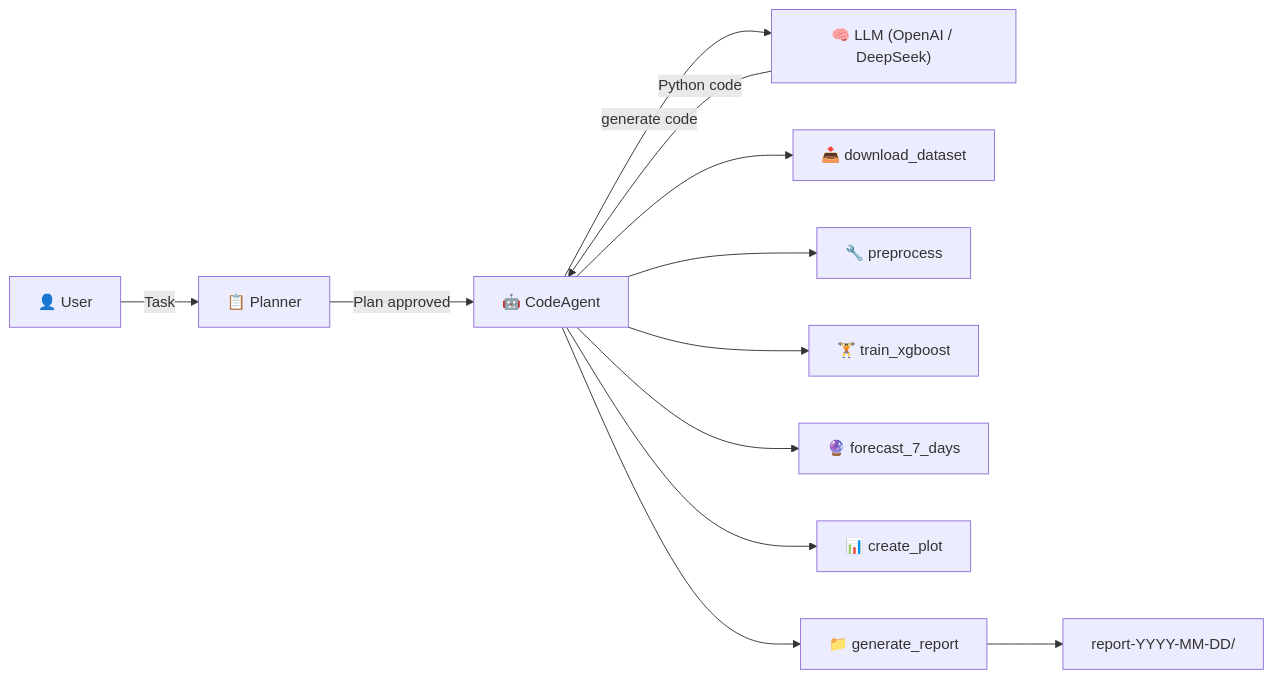
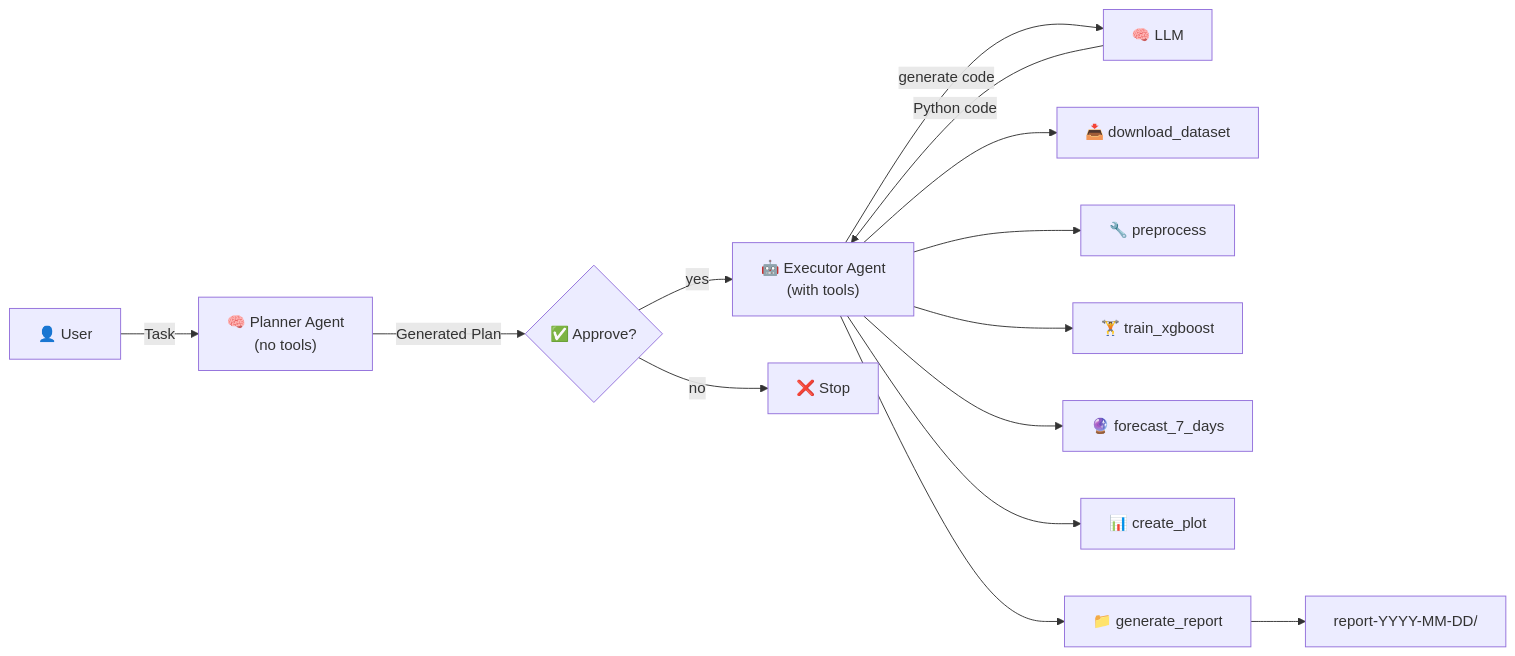
One commit to Nkluge-correa/smolagent changed the first of 2 diagrams in README.md. Above: the diagram before and after it, drawn with Mermaid. The commit also changed other lines of this file and 5 other files, not shown here.

````diff
--- a/README.md
+++ b/README.md
@@ -71,14 +74,16 @@
 ```mermaid
 flowchart LR
-    User["👤 User"] -->|"Task"| Planner["📋 Planner"]
-    Planner -->|"Plan approved"| Agent["🤖 CodeAgent"]
-    Agent -->|"generate code"| LLM["🧠 LLM (OpenAI / DeepSeek)"]
-    LLM -->|"Python code"| Agent
-    Agent --> T1["📥 download_dataset"]
-    Agent --> T2["🔧 preprocess"]
-    Agent --> T3["🏋️ train_xgboost"]
-    Agent --> T4["🔮 forecast_7_days"]
-    Agent --> T5["📊 create_plot"]
-    Agent --> T6["📁 generate_report"]
+    User["👤 User"] -->|"Task"| Planner["🧠 Planner Agent\n(no tools)"]
+    Planner -->|"Generated Plan"| Approve{"✅ Approve?"}
+    Approve -->|"yes"| Executor["🤖 Executor Agent\n(with tools)"]
+    Approve -->|"no"| Stop["❌ Stop"]
+    Executor -->|"generate code"| LLM["🧠 LLM"]
+    LLM -->|"Python code"| Executor
+    Executor --> T1["📥 download_dataset"]
+    Executor --> T2["🔧 preprocess"]
+    Executor --> T3["🏋️ train_xgboost"]
+    Executor --> T4["🔮 forecast_7_days"]
+    Executor --> T5["📊 create_plot"]
+    Executor --> T6["📁 generate_report"]
     T6 --> Report["report-YYYY-MM-DD/"]
 ```
````
